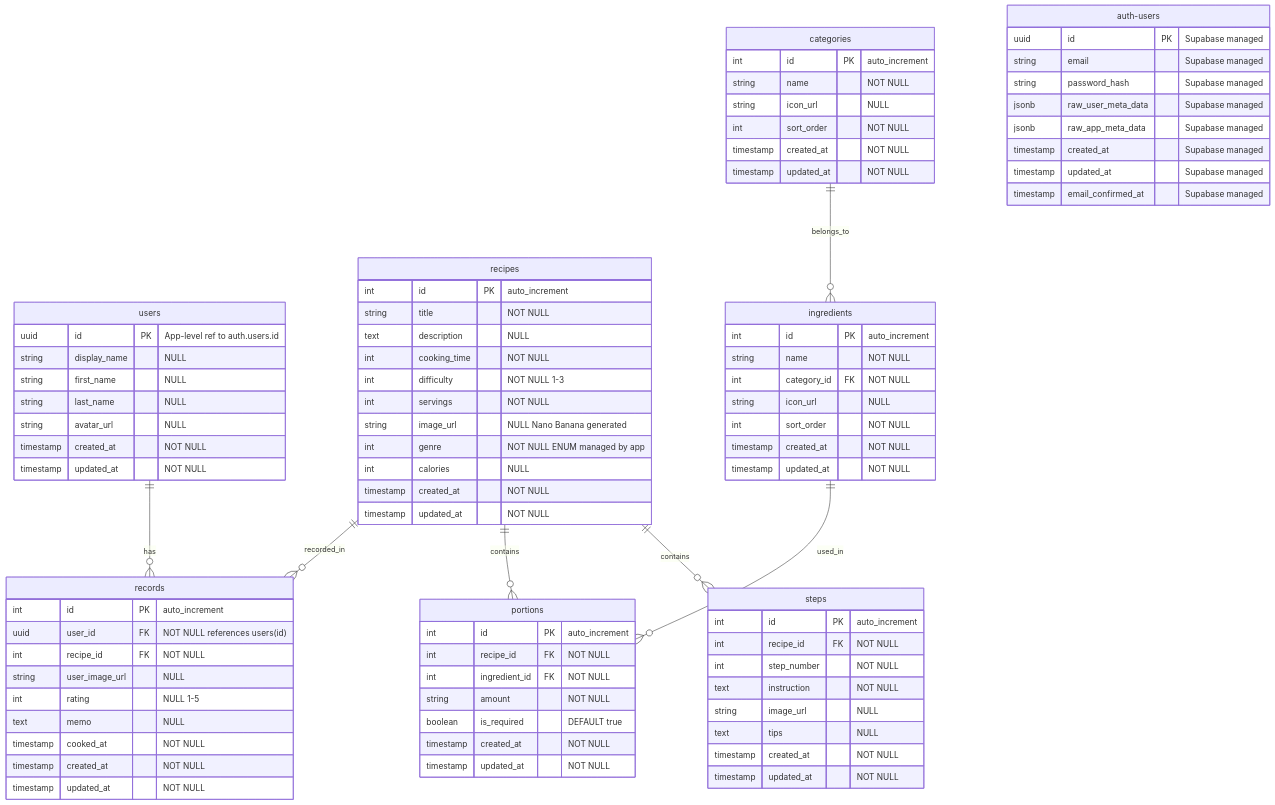
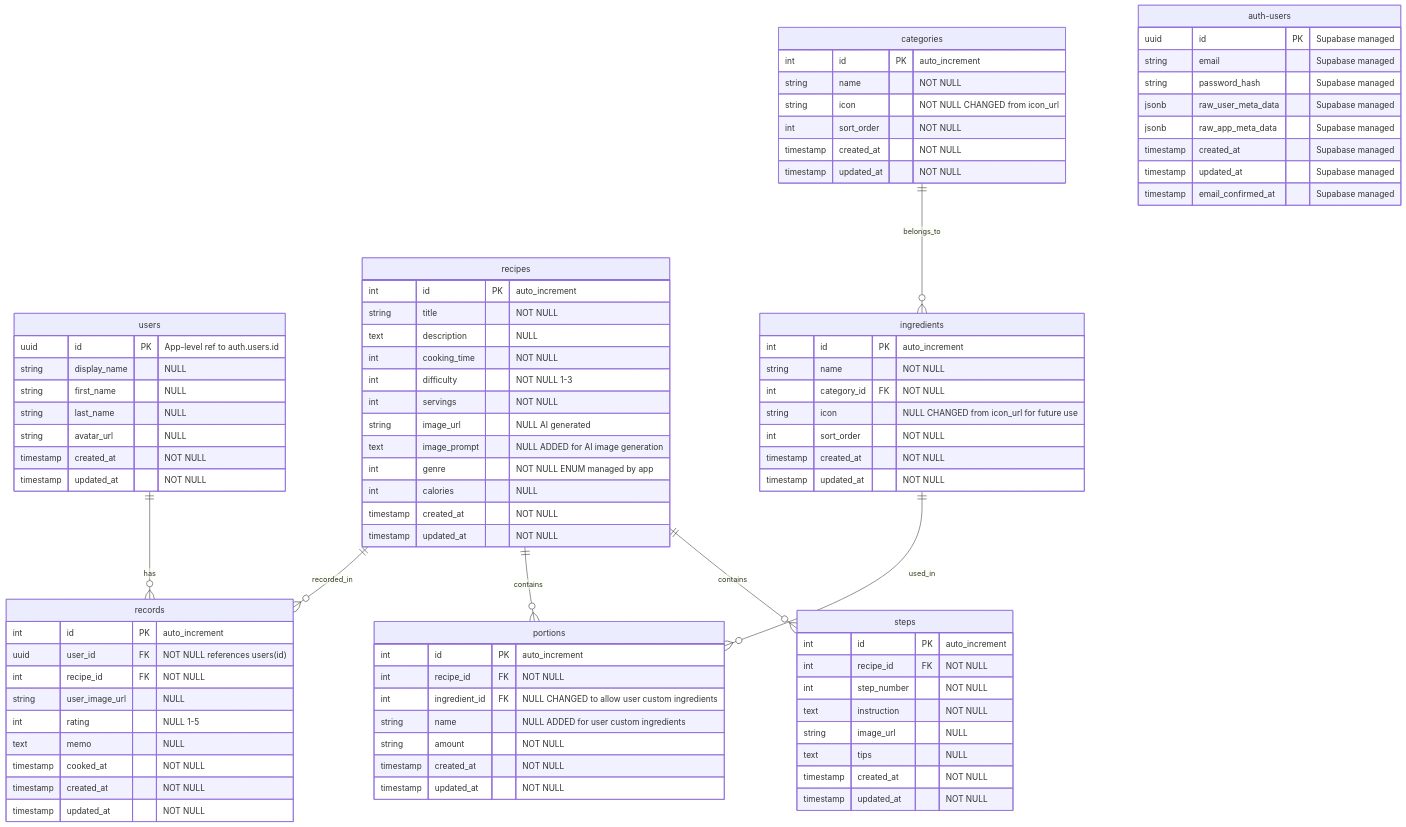
Before and after one commit to so-ota-biz/fridge-chef: the diagram in assets/mmd/er-diagram.mmd, drawn with Mermaid. The commit also changed other lines of this file and 1 other file, not shown here.

```diff
--- a/assets/mmd/er-diagram.mmd
+++ b/assets/mmd/er-diagram.mmd
@@ -1,99 +1,100 @@
 erDiagram
     %% Supabase auth schema (managed by Supabase)
     %% Note: Application-level reference only, no DB-level FK constraint
     users ||--o{ records : "has"
     recipes ||--o{ records : "recorded_in"
     recipes ||--o{ portions : "contains"
     recipes ||--o{ steps : "contains"
     ingredients ||--o{ portions : "used_in"
     categories ||--o{ ingredients : "belongs_to"
 
     %% Supabase auth.users table (managed by Supabase Auth)
     auth-users {
         uuid id PK "Supabase managed"
         string email "Supabase managed"
         string password_hash "Supabase managed"
         jsonb raw_user_meta_data "Supabase managed"
         jsonb raw_app_meta_data "Supabase managed"
         timestamp created_at "Supabase managed"
         timestamp updated_at "Supabase managed"
         timestamp email_confirmed_at "Supabase managed"
     }
 
     %% Public schema users table
     users {
         uuid id PK "App-level ref to auth.users.id"
         string display_name "NULL"
         string first_name "NULL"
         string last_name "NULL"
         string avatar_url "NULL"
         timestamp created_at "NOT NULL"
         timestamp updated_at "NOT NULL"
     }
 
     categories {
         int id PK "auto_increment"
         string name "NOT NULL"
-        string icon_url "NULL"
+        string icon "NOT NULL CHANGED from icon_url"
         int sort_order "NOT NULL"
         timestamp created_at "NOT NULL"
         timestamp updated_at "NOT NULL"
     }
 
     ingredients {
         int id PK "auto_increment"
         string name "NOT NULL"
         int category_id FK "NOT NULL"
-        string icon_url "NULL"
+        string icon "NULL CHANGED from icon_url for future use"
         int sort_order "NOT NULL"
         timestamp created_at "NOT NULL"
         timestamp updated_at "NOT NULL"
     }
 
     recipes {
         int id PK "auto_increment"
         string title "NOT NULL"
         text description "NULL"
         int cooking_time "NOT NULL"
         int difficulty "NOT NULL 1-3"
         int servings "NOT NULL"
-        string image_url "NULL Nano Banana generated"
+        string image_url "NULL AI generated"
+        text image_prompt "NULL ADDED for AI image generation"
         int genre "NOT NULL ENUM managed by app"
         int calories "NULL"
         timestamp created_at "NOT NULL"
         timestamp updated_at "NOT NULL"
     }
 
     steps {
         int id PK "auto_increment"
         int recipe_id FK "NOT NULL"
         int step_number "NOT NULL"
         text instruction "NOT NULL"
         string image_url "NULL"
         text tips "NULL"
         timestamp created_at "NOT NULL"
         timestamp updated_at "NOT NULL"
     }
 
     portions {
         int id PK "auto_increment"
         int recipe_id FK "NOT NULL"
-        int ingredient_id FK "NOT NULL"
+        int ingredient_id FK "NULL CHANGED to allow user custom ingredients"
+        string name "NULL ADDED for user custom ingredients"
         string amount "NOT NULL"
-        boolean is_required "DEFAULT true"
         timestamp created_at "NOT NULL"
         timestamp updated_at "NOT NULL"
     }
 
 
     records {
         int id PK "auto_increment"
         uuid user_id FK "NOT NULL references users(id)"
         int recipe_id FK "NOT NULL"
         string user_image_url "NULL"
         int rating "NULL 1-5"
         text memo "NULL"
         timestamp cooked_at "NOT NULL"
         timestamp created_at "NOT NULL"
         timestamp updated_at "NOT NULL"
     }
```
